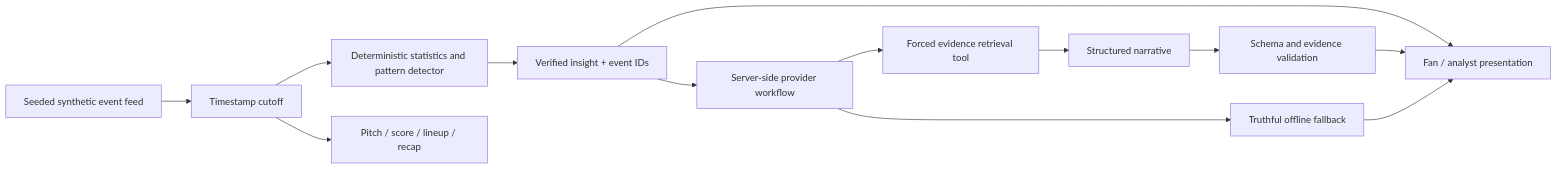
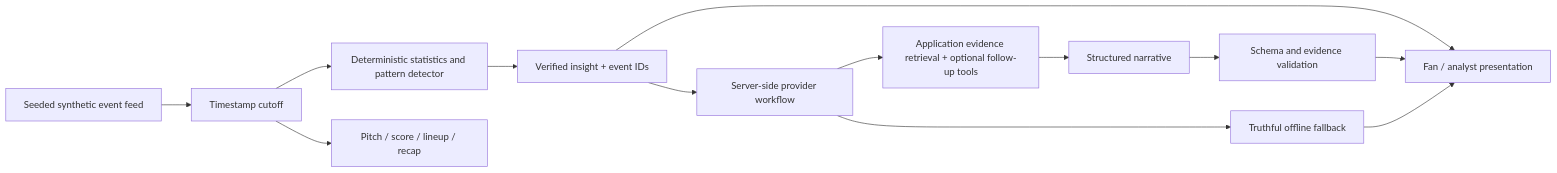
One commit to jbellamy16/between-the-lines changed the diagram in README.md. Above: the diagram before and after it, drawn with Mermaid. The commit also changed other lines of this file and 30 other files, not shown here.

````diff
--- a/README.md
+++ b/README.md
@@ -56,15 +56,15 @@
 ```mermaid
 flowchart LR
   A[Seeded synthetic event feed] --> B[Timestamp cutoff]
   B --> C[Deterministic statistics and pattern detector]
   B --> D[Pitch / score / lineup / recap]
   C --> E[Verified insight + event IDs]
   E --> F[Fan / analyst presentation]
   E --> G[Server-side provider workflow]
-  G --> H[Forced evidence retrieval tool]
+  G --> H[Application evidence retrieval + optional follow-up tools]
   H --> I[Structured narrative]
   I --> J[Schema and evidence validation]
   J --> F
   G --> K[Truthful offline fallback]
   K --> F
 ```
````
